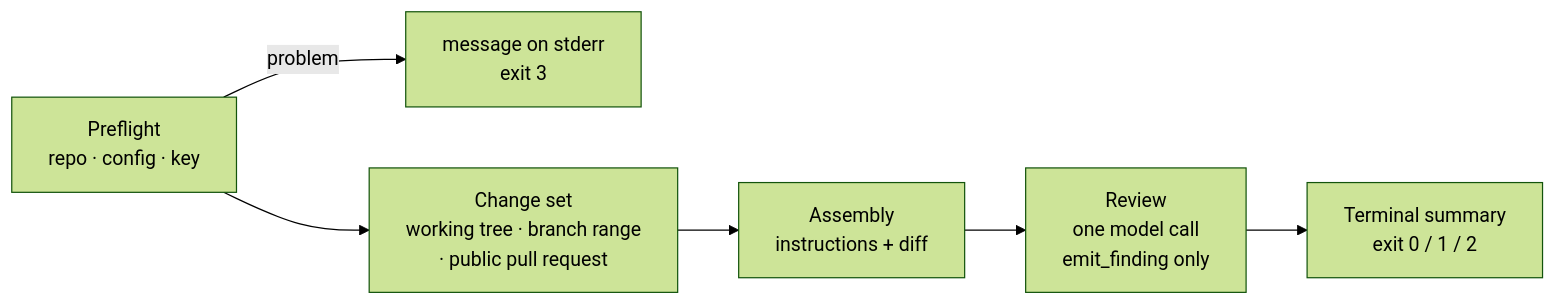
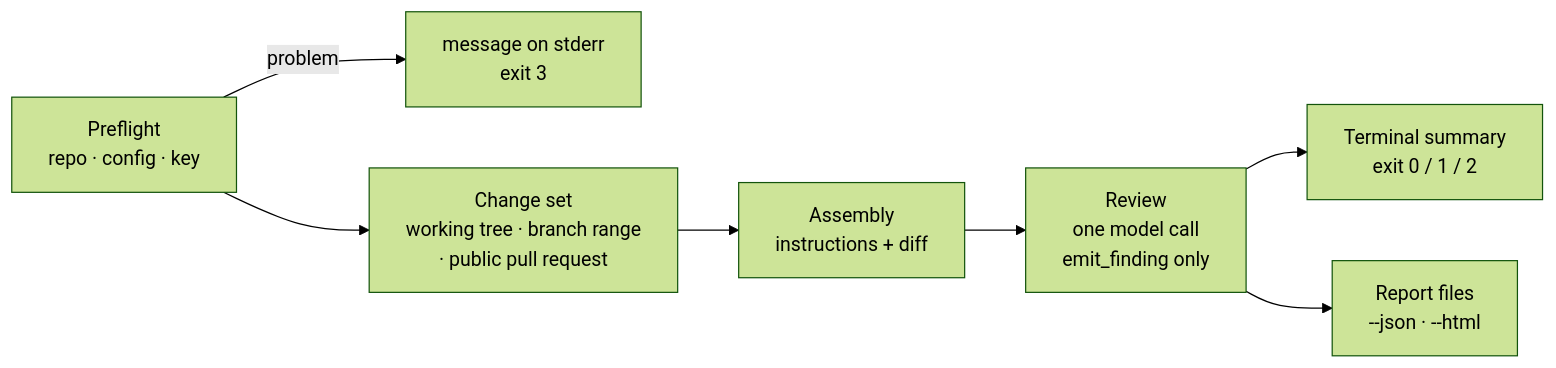
One commit to nhahub/NHA-5-285 changed the diagram in Docs/operation_guidelines.md. Above: the diagram before and after it, drawn with Mermaid (forest theme). The commit also changed other lines of this file and 2 other files, not shown here.

First line of the commit message:
docs: document the HTML report and close Phase 11

````diff
--- a/Docs/operation_guidelines.md
+++ b/Docs/operation_guidelines.md
@@ -34,8 +34,9 @@
 ```mermaid
 flowchart LR
     P["Preflight<br/>repo · config · key"] -->|problem| X["message on stderr<br/>exit 3"]
     P --> C["Change set<br/>working tree · branch range<br/>· public pull request"]
     C --> A["Assembly<br/>instructions + diff"]
     A --> R["Review<br/>one model call<br/>emit_finding only"]
     R --> O["Terminal summary<br/>exit 0 / 1 / 2"]
+    R --> F["Report files<br/>--json · --html"]
 ```
````
